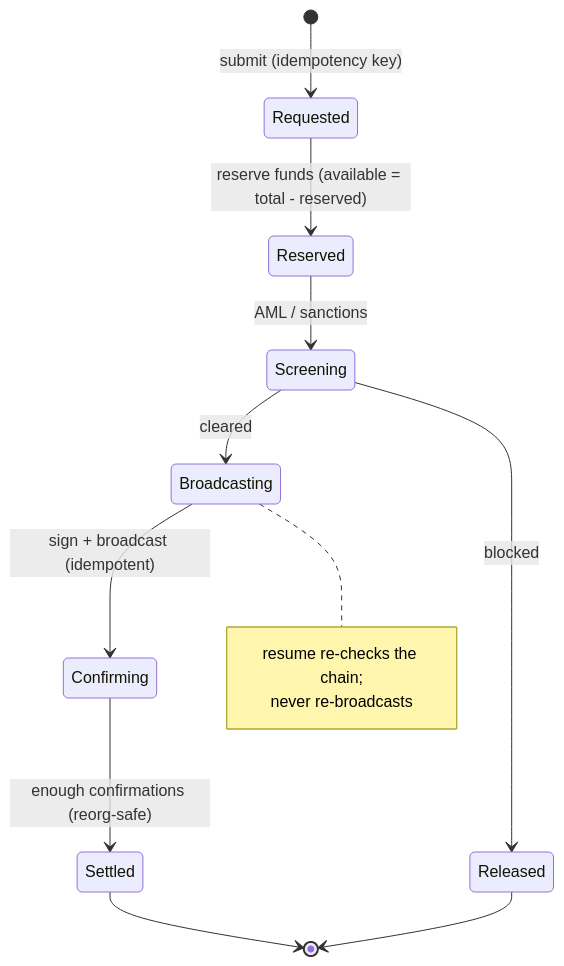
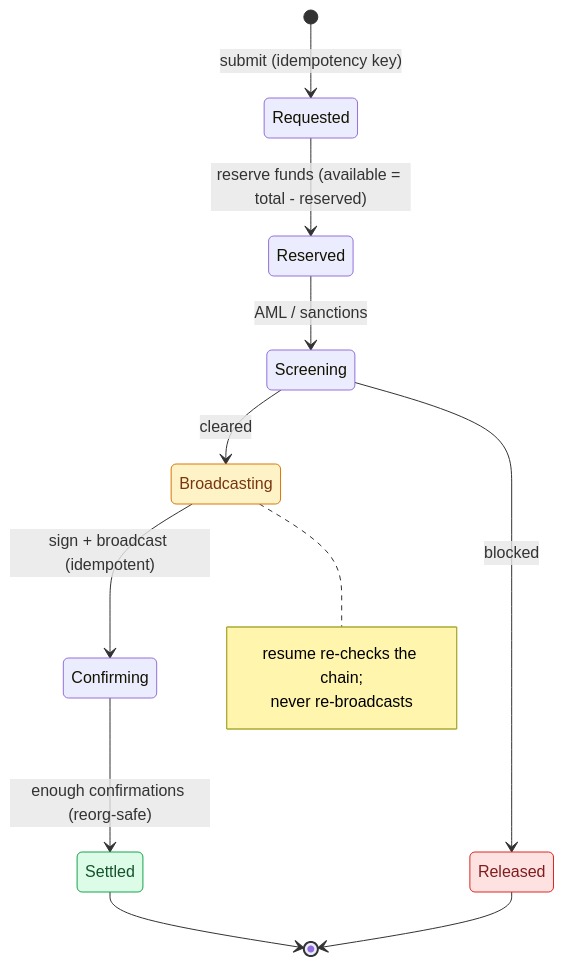
One commit to YSKM523/fintech-engineering-handbook changed the fourth of 4 diagrams in README.md. Above: the diagram before and after it, drawn with Mermaid. The commit also changed other lines of this file and 1 other file, not shown here.

First line of the commit message:
Add a colored three-principles diagram to SKILL.md; color the README diagrams

````diff
--- a/README.md
+++ b/README.md
@@ -161,16 +175,22 @@
 ```mermaid
 stateDiagram-v2
+    classDef done fill:#dcfce7,color:#14532d,stroke:#16a34a;
+    classDef stop fill:#fee2e2,color:#7f1d1d,stroke:#dc2626;
+    classDef live fill:#fef3c7,color:#78350f,stroke:#d97706;
     [*] --> Requested: submit (idempotency key)
     Requested --> Reserved: reserve funds (available = total - reserved)
     Reserved --> Screening: AML / sanctions
     Screening --> Broadcasting: cleared
     Screening --> Released: blocked
     Broadcasting --> Confirming: sign + broadcast (idempotent)
     Confirming --> Settled: enough confirmations (reorg-safe)
     Released --> [*]
     Settled --> [*]
+    class Settled done
+    class Released stop
+    class Broadcasting live
     note right of Broadcasting
         resume re-checks the chain;
         never re-broadcasts
     end note
 ```
````
